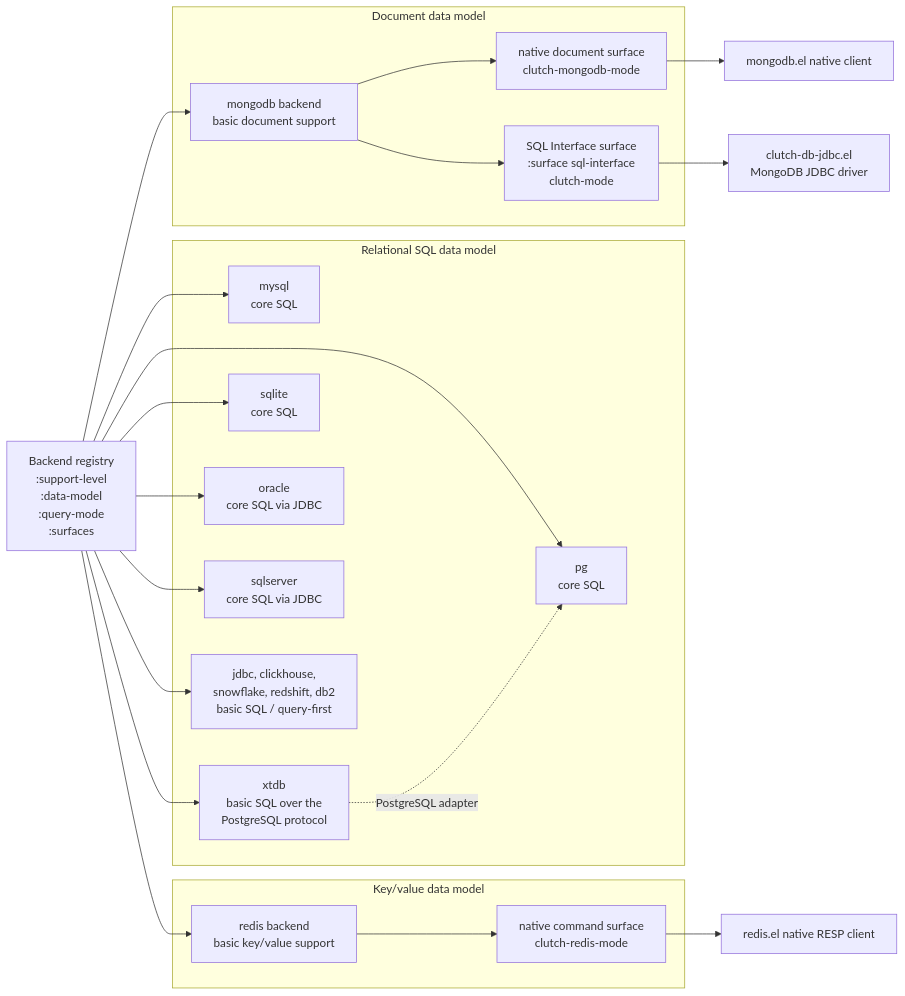
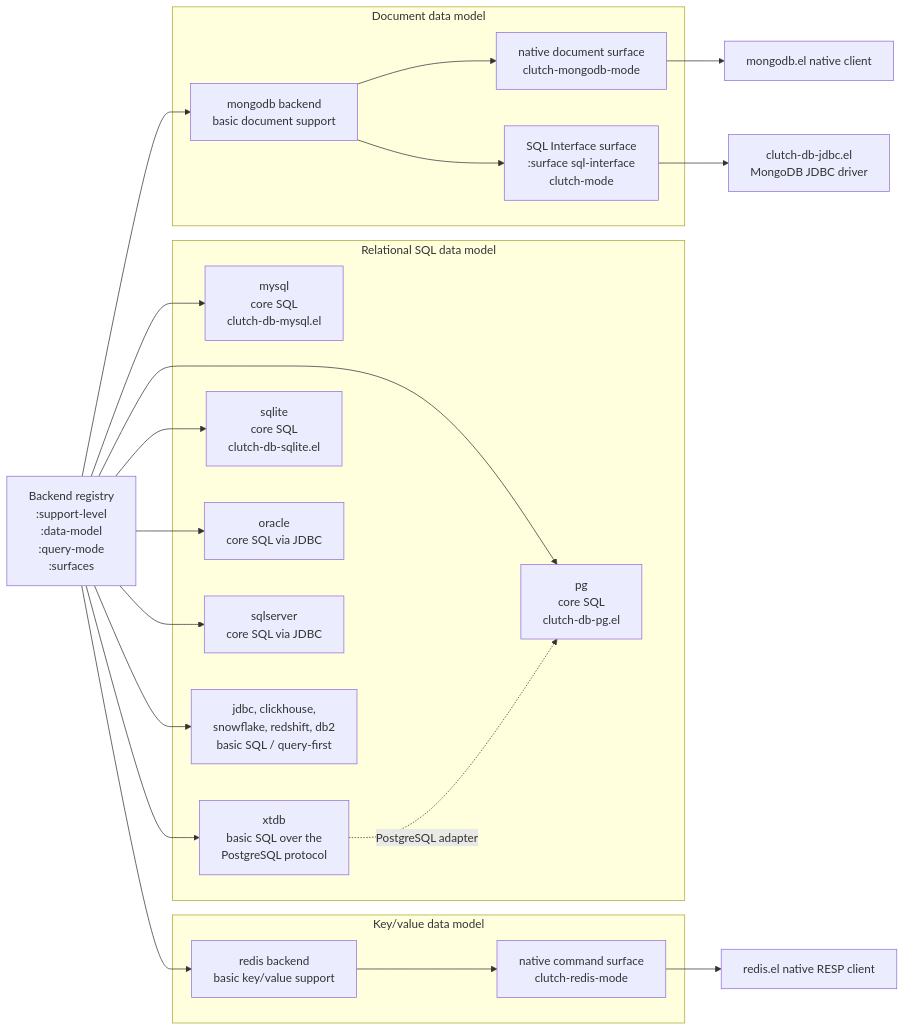
Before and after one commit to LuciusChen/clutch: the third of 7 diagrams in docs/architecture.md, drawn with Mermaid. The commit also changed other lines of this file, not shown here.

First line of the commit message:
docs: make the architecture diagrams match the code

````diff
--- a/docs/architecture.md
+++ b/docs/architecture.md
@@ -86,45 +121,45 @@
 ```mermaid
 flowchart LR
   Registry["Backend registry<br/>:support-level<br/>:data-model<br/>:query-mode<br/>:surfaces"]
 
   subgraph Relational["Relational SQL data model"]
-    MySQLCore["mysql<br/>core SQL"]
-    PGCore["pg<br/>core SQL"]
+    MySQLCore["mysql<br/>core SQL<br/>clutch-db-mysql.el"]
+    PGCore["pg<br/>core SQL<br/>clutch-db-pg.el"]
     XTDBBasic["xtdb<br/>basic SQL over the<br/>PostgreSQL protocol"]
-    SQLiteCore["sqlite<br/>core SQL"]
+    SQLiteCore["sqlite<br/>core SQL<br/>clutch-db-sqlite.el"]
     OracleCore["oracle<br/>core SQL via JDBC"]
     SQLServerCore["sqlserver<br/>core SQL via JDBC"]
     GenericJDBC["jdbc, clickhouse,<br/>snowflake, redshift, db2<br/>basic SQL / query-first"]
   end
 
   subgraph DocumentDB["Document data model"]
     MongoBackend["mongodb backend<br/>basic document support"]
     MongoNative["native document surface<br/>clutch-mongodb-mode"]
     MongoSQL["SQL Interface surface<br/>:surface sql-interface<br/>clutch-mode"]
   end
 
   subgraph KeyValue["Key/value data model"]
     RedisBackend["redis backend<br/>basic key/value support"]
     RedisNative["native command surface<br/>clutch-redis-mode"]
   end
 
   Registry --> MySQLCore
   Registry --> PGCore
   Registry --> XTDBBasic
   Registry --> SQLiteCore
   Registry --> OracleCore
   Registry --> SQLServerCore
   Registry --> GenericJDBC
   Registry --> MongoBackend
   Registry --> RedisBackend
 
   XTDBBasic -.->|PostgreSQL adapter| PGCore
 
   MongoBackend --> MongoNative
   MongoBackend --> MongoSQL
   MongoNative --> MongoExt["mongodb.el native client"]
   MongoSQL --> JDBCPath["clutch-db-jdbc.el<br/>MongoDB JDBC driver"]
 
   RedisBackend --> RedisNative
   RedisNative --> RedisExt["redis.el native RESP client"]
 ```
````
